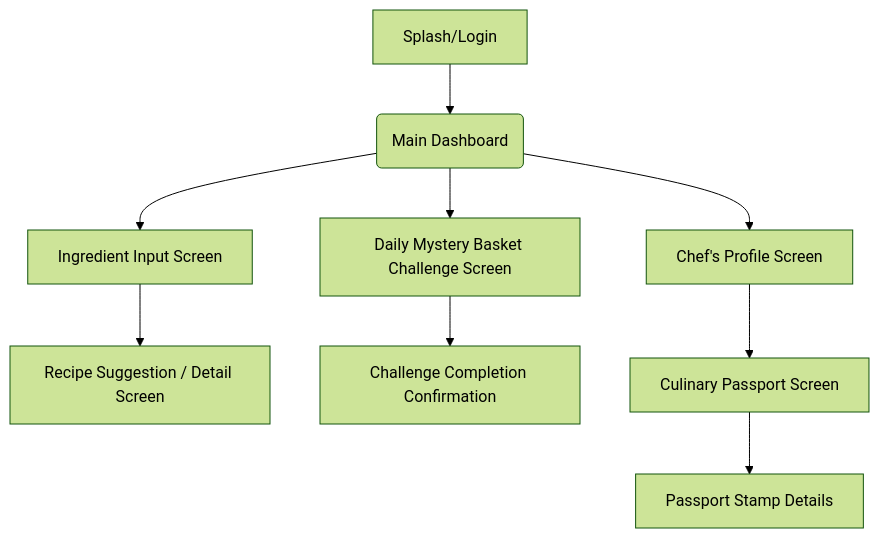
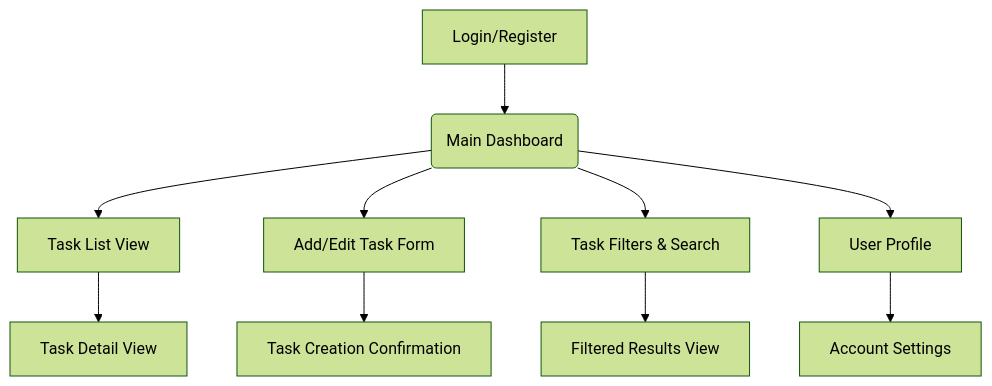
Before and after one commit to kylesaldana5/claudecode-bootstrap: the first of 4 diagrams in docs/front-end-spec.md, drawn with Mermaid (forest theme). The commit also changed other lines of this file and 1 other file, not shown here.

First line of the commit message:
Revise front-end specifications for Personal To-Do List App

````diff
--- a/docs/front-end-spec.md
+++ b/docs/front-end-spec.md
@@ -39,11 +40,12 @@
 ```mermaid
 graph TD
-    A[Splash/Login] --> B(Main Dashboard)
-    B --> C[Ingredient Input Screen]
-    B --> D[Daily Mystery Basket Challenge Screen]
-    B --> E[Chef's Profile Screen]
-    C --> C1[Recipe Suggestion / Detail Screen]
-    D --> D1[Challenge Completion Confirmation]
-    E --> E1[Culinary Passport Screen]
-    E1 --> E2[Passport Stamp Details]
+    A[Login/Register] --> B(Main Dashboard)
+    B --> C[Task List View]
+    B --> D[Add/Edit Task Form]
+    B --> E[Task Filters & Search]
+    B --> F[User Profile]
+    C --> C1[Task Detail View]
+    D --> D1[Task Creation Confirmation]
+    E --> E1[Filtered Results View]
+    F --> F1[Account Settings]
 ```
````
